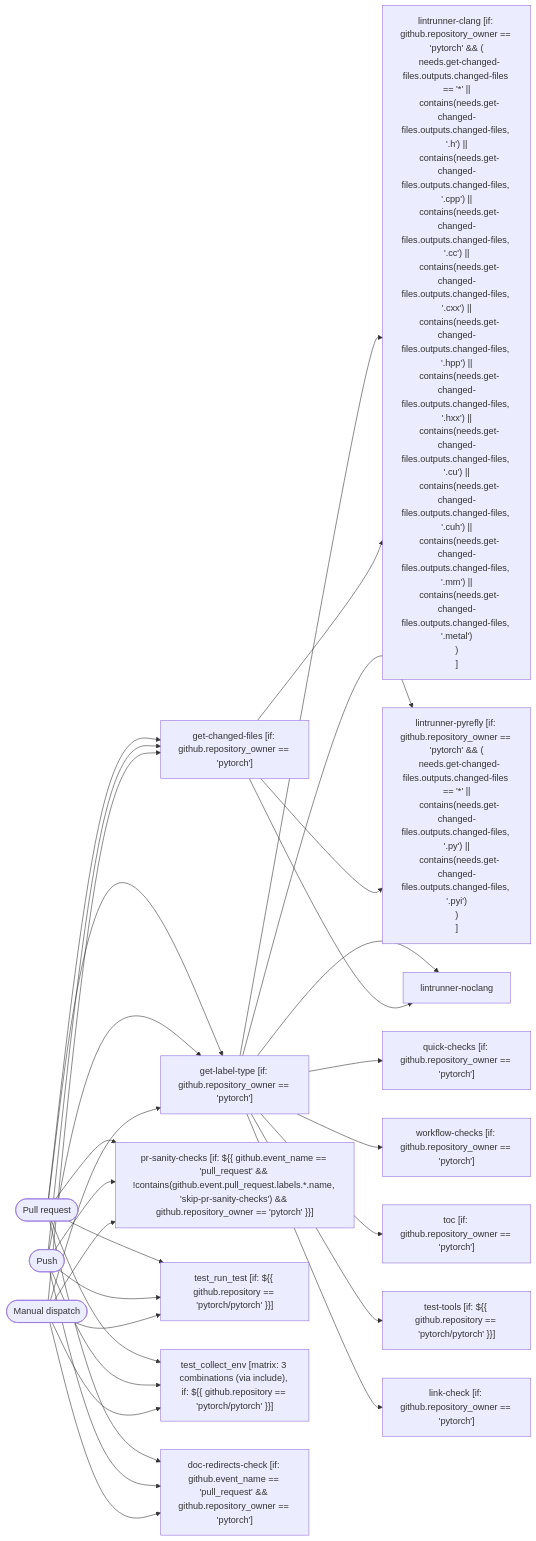
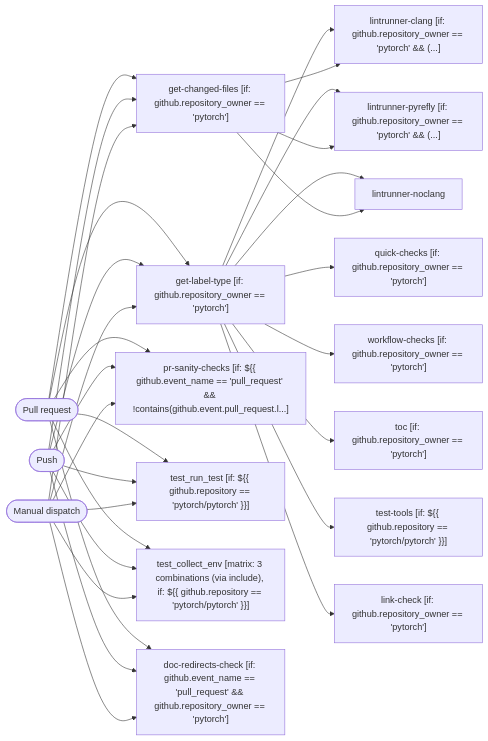
Before and after one commit to bhagatshivam/what-is-my-pipeline-doing: the diagram in tests/golden/pytorch_lint.md, drawn with Mermaid. The commit also changed other lines of this file and 15 other files, not shown here.

````diff
--- a/tests/golden/pytorch_lint.md
+++ b/tests/golden/pytorch_lint.md
@@ -55,49 +69,49 @@
 ```mermaid
 flowchart LR
     trigger_0(["Pull request"])
     trigger_1(["Push"])
     trigger_2(["Manual dispatch"])
     get-label-type["get-label-type [if: github.repository_owner == 'pytorch']"]
     get-changed-files["get-changed-files [if: github.repository_owner == 'pytorch']"]
-    lintrunner-clang["lintrunner-clang [if: github.repository_owner == 'pytorch' && (<br/>  needs.get-changed-files.outputs.changed-files == '*' ||<br/>  contains(needs.get-changed-files.outputs.changed-files, '.h') ||<br/>  contains(needs.get-changed-files.outputs.changed-files, '.cpp') ||<br/>  contains(needs.get-changed-files.outputs.changed-files, '.cc') ||<br/>  contains(needs.get-changed-files.outputs.changed-files, '.cxx') ||<br/>  contains(needs.get-changed-files.outputs.changed-files, '.hpp') ||<br/>  contains(needs.get-changed-files.outputs.changed-files, '.hxx') ||<br/>  contains(needs.get-changed-files.outputs.changed-files, '.cu') ||<br/>  contains(needs.get-changed-files.outputs.changed-files, '.cuh') ||<br/>  contains(needs.get-changed-files.outputs.changed-files, '.mm') ||<br/>  contains(needs.get-changed-files.outputs.changed-files, '.metal')<br/>)<br/>]"]
-    lintrunner-pyrefly["lintrunner-pyrefly [if: github.repository_owner == 'pytorch' && (<br/>  needs.get-changed-files.outputs.changed-files == '*' ||<br/>  contains(needs.get-changed-files.outputs.changed-files, '.py') ||<br/>  contains(needs.get-changed-files.outputs.changed-files, '.pyi')<br/>)<br/>]"]
+    lintrunner-clang["lintrunner-clang [if: github.repository_owner == 'pytorch' && (...]"]
+    lintrunner-pyrefly["lintrunner-pyrefly [if: github.repository_owner == 'pytorch' && (...]"]
     lintrunner-noclang["lintrunner-noclang"]
     quick-checks["quick-checks [if: github.repository_owner == 'pytorch']"]
-    pr-sanity-checks["pr-sanity-checks [if: ${{ github.event_name == 'pull_request' && !contains(github.event.pull_request.labels.*.name, 'skip-pr-sanity-checks') && github.repository_owner == 'pytorch' }}]"]
+    pr-sanity-checks["pr-sanity-checks [if: ${{ github.event_name == 'pull_request' && !contains(github.event.pull_request.l...]"]
     workflow-checks["workflow-checks [if: github.repository_owner == 'pytorch']"]
     toc["toc [if: github.repository_owner == 'pytorch']"]
     test-tools["test-tools [if: ${{ github.repository == 'pytorch/pytorch' }}]"]
     test_run_test["test_run_test [if: ${{ github.repository == 'pytorch/pytorch' }}]"]
     test_collect_env["test_collect_env [matrix: 3 combinations (via include), if: ${{ github.repository == 'pytorch/pytorch' }}]"]
     link-check["link-check [if: github.repository_owner == 'pytorch']"]
     doc-redirects-check["doc-redirects-check [if: github.event_name == 'pull_request' && github.repository_owner == 'pytorch']"]
     trigger_0 --> get-label-type
     trigger_0 --> get-changed-files
     trigger_0 --> pr-sanity-checks
     trigger_0 --> test_run_test
     trigger_0 --> test_collect_env
     trigger_0 --> doc-redirects-check
     trigger_1 --> get-label-type
     trigger_1 --> get-changed-files
     trigger_1 --> pr-sanity-checks
     trigger_1 --> test_run_test
     trigger_1 --> test_collect_env
     trigger_1 --> doc-redirects-check
     trigger_2 --> get-label-type
     trigger_2 --> get-changed-files
     trigger_2 --> pr-sanity-checks
     trigger_2 --> test_run_test
     trigger_2 --> test_collect_env
     trigger_2 --> doc-redirects-check
     get-label-type --> lintrunner-clang
     get-changed-files --> lintrunner-clang
     get-label-type --> lintrunner-pyrefly
     get-changed-files --> lintrunner-pyrefly
     get-label-type --> lintrunner-noclang
     get-changed-files --> lintrunner-noclang
     get-label-type --> quick-checks
     get-label-type --> workflow-checks
     get-label-type --> toc
     get-label-type --> test-tools
     get-label-type --> link-check
 ```
````
